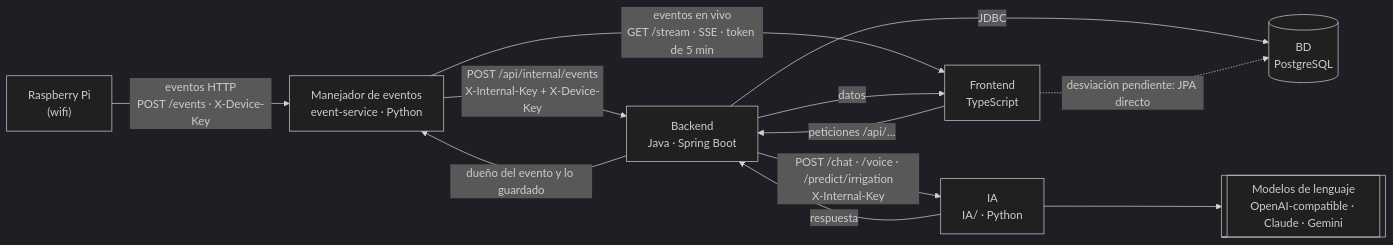
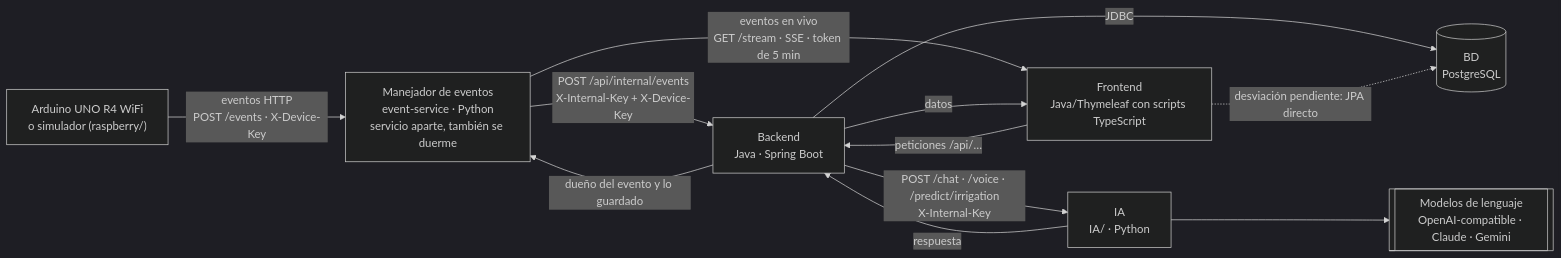
The diagram in docs/ARQUITECTURA.md (WilliamChavez-Grupo2b/BACKEND-AGROSENSE), drawn with Mermaid (dark theme) before and after one commit. The commit also changed other lines of this file and 5 other files, not shown here.

First line of the commit message:
docs: add the main README, the demo plan and the final architecture, and bring the patterns up to date

````diff
--- a/docs/ARQUITECTURA.md
+++ b/docs/ARQUITECTURA.md
@@ -111,22 +112,22 @@
 ```mermaid
 flowchart LR
-    RPI["Raspberry Pi<br/>(wifi)"]
-    EV["Manejador de eventos<br/>event-service · Python"]
-    FE["Frontend<br/>TypeScript"]
+    RPI["Arduino UNO R4 WiFi<br/>o simulador (raspberry/)"]
+    EV["Manejador de eventos<br/>event-service · Python<br/>servicio aparte, también se duerme"]
+    FE["Frontend<br/>Java/Thymeleaf con scripts TypeScript"]
     BE["Backend<br/>Java · Spring Boot"]
     DB[("BD<br/>PostgreSQL")]
     IA["IA<br/>IA/ · Python"]
     LLM[["Modelos de lenguaje<br/>OpenAI-compatible · Claude · Gemini"]]
 
     RPI -- "eventos HTTP<br/>POST /events · X-Device-Key" --> EV
     EV -- "POST /api/internal/events<br/>X-Internal-Key + X-Device-Key" --> BE
     BE -- "dueño del evento y lo guardado" --> EV
     EV -- "eventos en vivo<br/>GET /stream · SSE · token de 5 min" --> FE
     FE -- "peticiones /api/…" --> BE
     BE -- "datos" --> FE
     BE -- "JDBC" --> DB
     BE -- "POST /chat · /voice · /predict/irrigation<br/>X-Internal-Key" --> IA
     IA -- "respuesta" --> BE
     IA --> LLM
     FE -. "desviación pendiente: JPA directo" .-> DB
 ```
````
